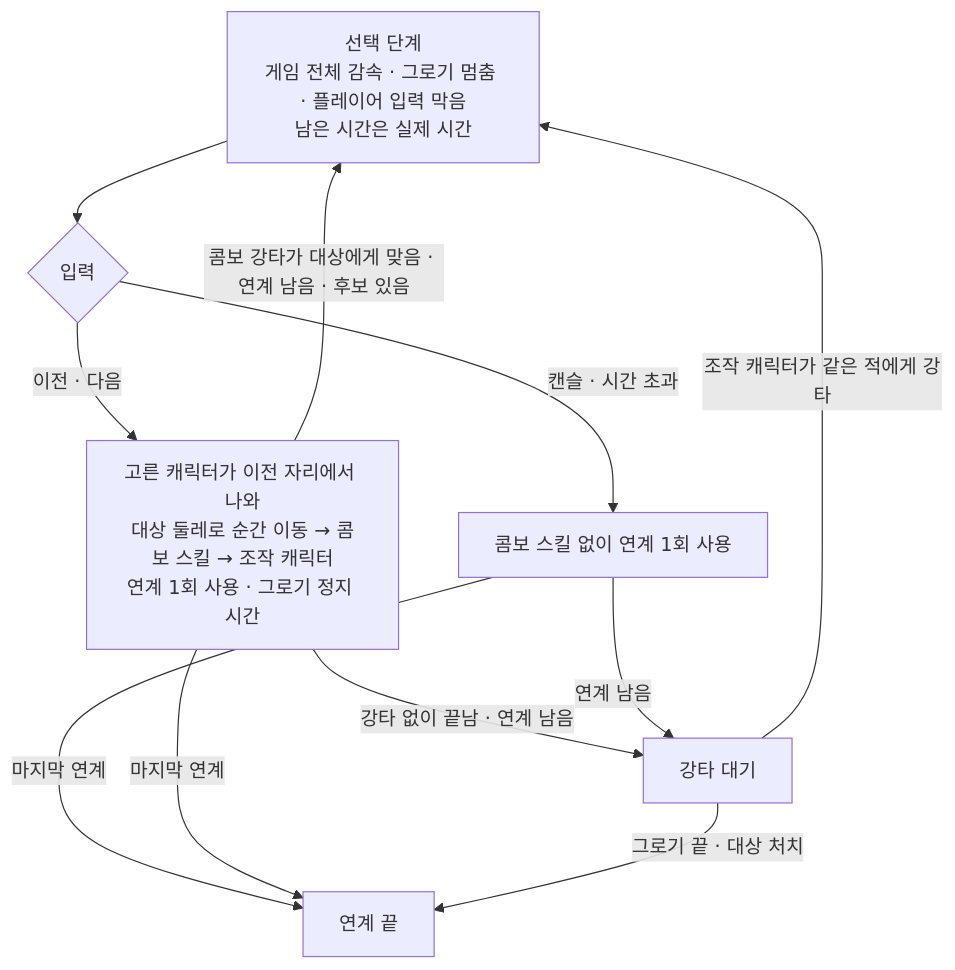
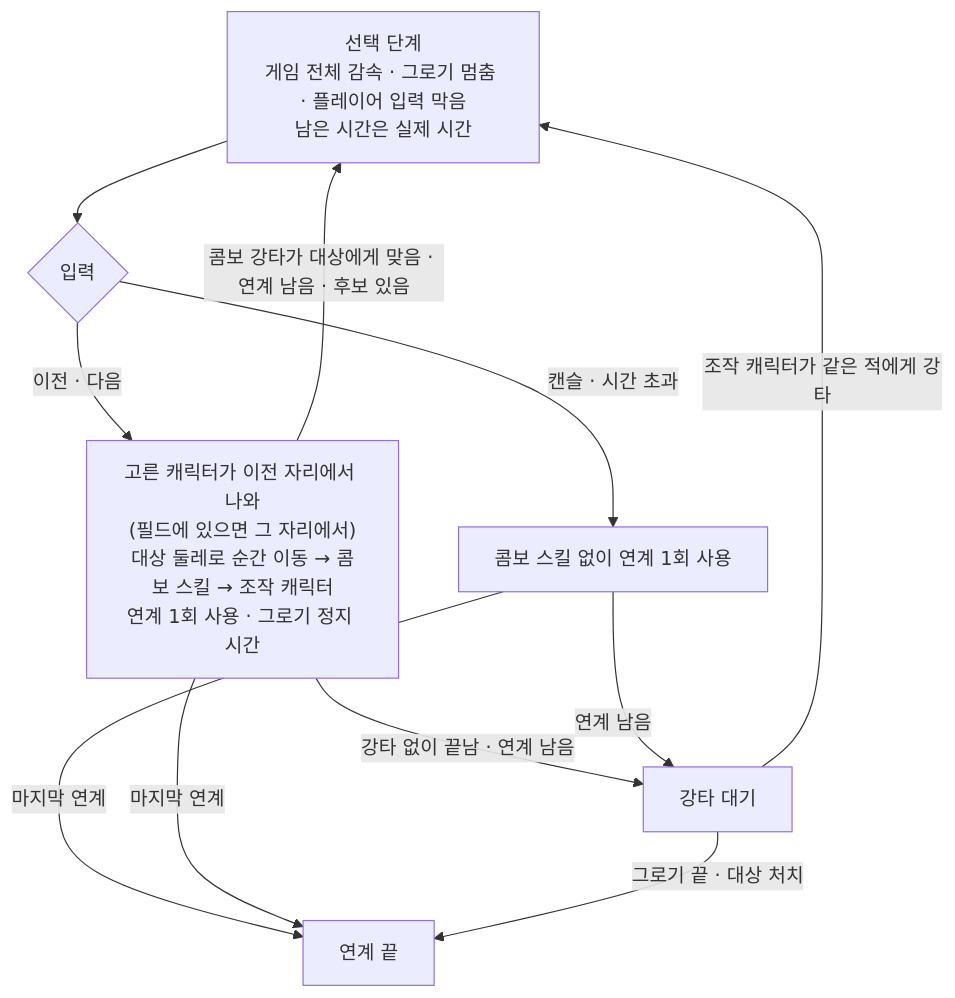
One commit to SquashPrince/Develrocket_mp15_HHH changed the third of 4 diagrams in Docs/Technical/Player/PlayerComboSkill.md. Above: the diagram before and after it, drawn with Mermaid. The commit also changed other lines of this file and 3 other files, not shown here.

````diff
--- a/Docs/Technical/Player/PlayerComboSkill.md
+++ b/Docs/Technical/Player/PlayerComboSkill.md
@@ -82,13 +82,13 @@
 ```mermaid
 flowchart TD
     O["선택 단계<br>게임 전체 감속 · 그로기 멈춤 · 플레이어 입력 막음<br>남은 시간은 실제 시간"] --> S{"입력"}
-    S -->|"이전 · 다음"| P["고른 캐릭터가 이전 자리에서 나와<br>대상 둘레로 순간 이동 → 콤보 스킬 → 조작 캐릭터<br>연계 1회 사용 · 그로기 정지 시간"]
+    S -->|"이전 · 다음"| P["고른 캐릭터가 이전 자리에서 나와<br>(필드에 있으면 그 자리에서)<br>대상 둘레로 순간 이동 → 콤보 스킬 → 조작 캐릭터<br>연계 1회 사용 · 그로기 정지 시간"]
     S -->|"캔슬 · 시간 초과"| X["콤보 스킬 없이 연계 1회 사용"]
     P -->|"콤보 강타가 대상에게 맞음 · 연계 남음 · 후보 있음"| O
     P -->|"강타 없이 끝남 · 연계 남음"| W["강타 대기"]
     X -->|"연계 남음"| W
     X -->|"마지막 연계"| E["연계 끝"]
     P -->|"마지막 연계"| E
     W -->|"조작 캐릭터가 같은 적에게 강타"| O
     W -->|"그로기 끝 · 대상 처치"| E
 ```
````
